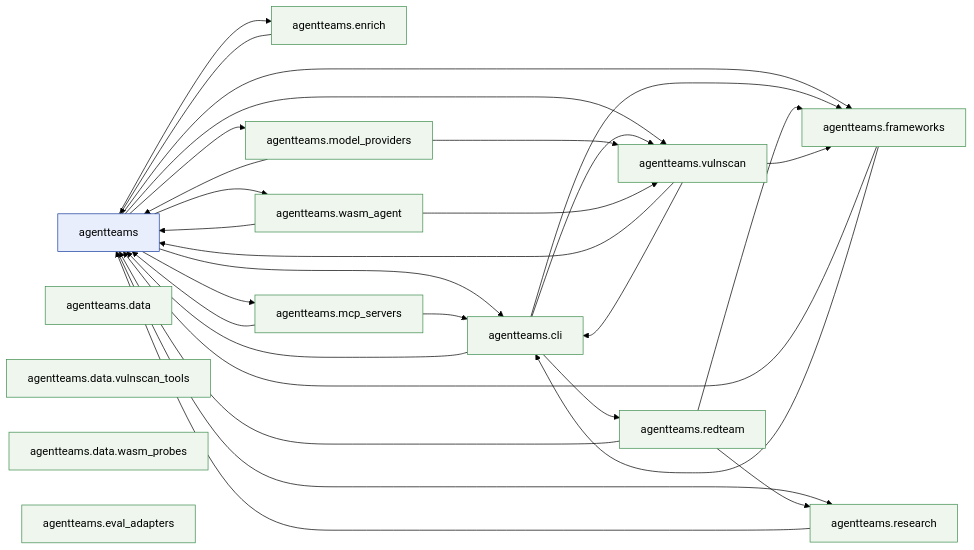
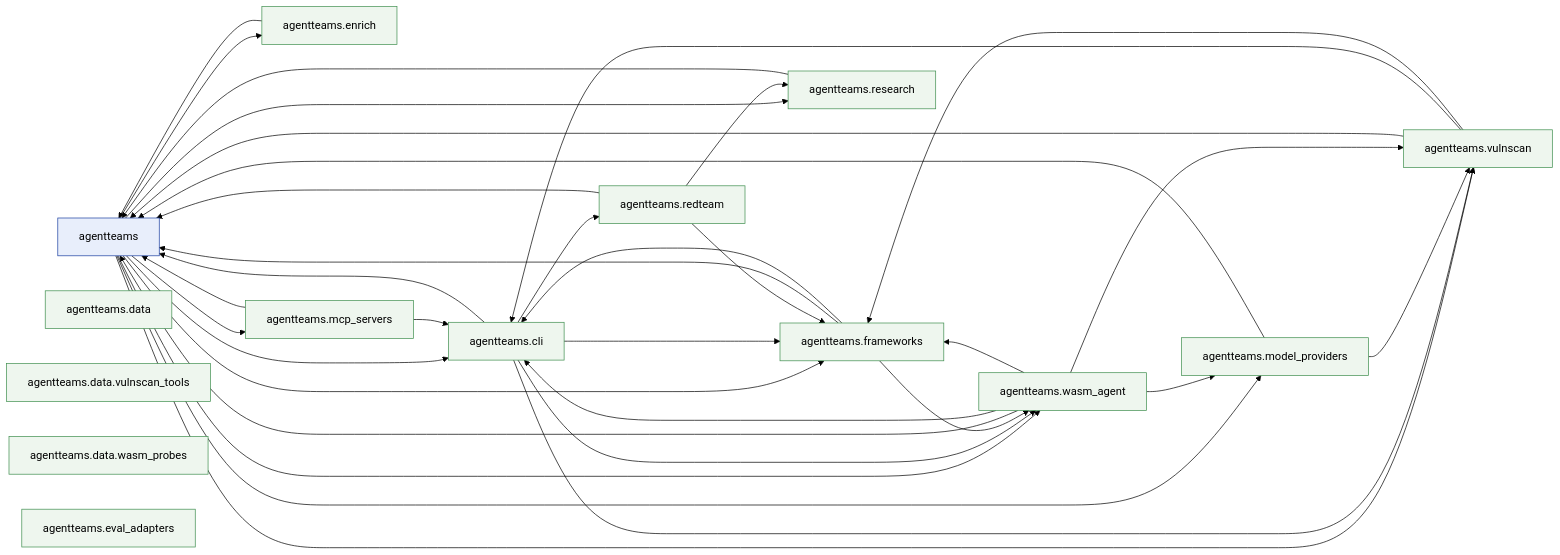
Before and after one commit to jlcatonjr/agentteams: the first of 2 diagrams in references/architecture-graph.md, drawn with Mermaid (forest theme). The commit also changed other lines of this file and 27 other files, not shown here.

````diff
--- a/references/architecture-graph.md
+++ b/references/architecture-graph.md
@@ -457,61 +462,66 @@
 ```mermaid
 flowchart LR
     classDef root fill:#e8eefb,stroke:#1b3fa0,color:#000
     classDef sub  fill:#eef6ee,stroke:#3f8f4f,color:#000
     agentteams["agentteams"]
     class agentteams root
     agentteams_cli["agentteams.cli"]
     class agentteams_cli sub
     agentteams_data["agentteams.data"]
     class agentteams_data sub
     agentteams_data_vulnscan_tools["agentteams.data.vulnscan_tools"]
     class agentteams_data_vulnscan_tools sub
     agentteams_data_wasm_probes["agentteams.data.wasm_probes"]
     class agentteams_data_wasm_probes sub
     agentteams_enrich["agentteams.enrich"]
     class agentteams_enrich sub
     agentteams_eval_adapters["agentteams.eval_adapters"]
     class agentteams_eval_adapters sub
     agentteams_frameworks["agentteams.frameworks"]
     class agentteams_frameworks sub
     agentteams_mcp_servers["agentteams.mcp_servers"]
     class agentteams_mcp_servers sub
     agentteams_model_providers["agentteams.model_providers"]
     class agentteams_model_providers sub
     agentteams_redteam["agentteams.redteam"]
     class agentteams_redteam sub
     agentteams_research["agentteams.research"]
     class agentteams_research sub
     agentteams_vulnscan["agentteams.vulnscan"]
     class agentteams_vulnscan sub
     agentteams_wasm_agent["agentteams.wasm_agent"]
     class agentteams_wasm_agent sub
     agentteams --> agentteams_cli
     agentteams --> agentteams_enrich
     agentteams --> agentteams_frameworks
     agentteams --> agentteams_mcp_servers
     agentteams --> agentteams_model_providers
     agentteams --> agentteams_research
     agentteams --> agentteams_vulnscan
     agentteams --> agentteams_wasm_agent
     agentteams_cli --> agentteams
     agentteams_cli --> agentteams_frameworks
     agentteams_cli --> agentteams_redteam
     agentteams_cli --> agentteams_vulnscan
+    agentteams_cli --> agentteams_wasm_agent
     agentteams_enrich --> agentteams
     agentteams_frameworks --> agentteams
     agentteams_frameworks --> agentteams_cli
+    agentteams_frameworks --> agentteams_wasm_agent
     agentteams_mcp_servers --> agentteams
     agentteams_mcp_servers --> agentteams_cli
     agentteams_model_providers --> agentteams
     agentteams_model_providers --> agentteams_vulnscan
     agentteams_redteam --> agentteams
     agentteams_redteam --> agentteams_frameworks
     agentteams_redteam --> agentteams_research
     agentteams_research --> agentteams
     agentteams_vulnscan --> agentteams
     agentteams_vulnscan --> agentteams_cli
     agentteams_vulnscan --> agentteams_frameworks
     agentteams_wasm_agent --> agentteams
+    agentteams_wasm_agent --> agentteams_cli
+    agentteams_wasm_agent --> agentteams_frameworks
+    agentteams_wasm_agent --> agentteams_model_providers
     agentteams_wasm_agent --> agentteams_vulnscan
 ```
````
